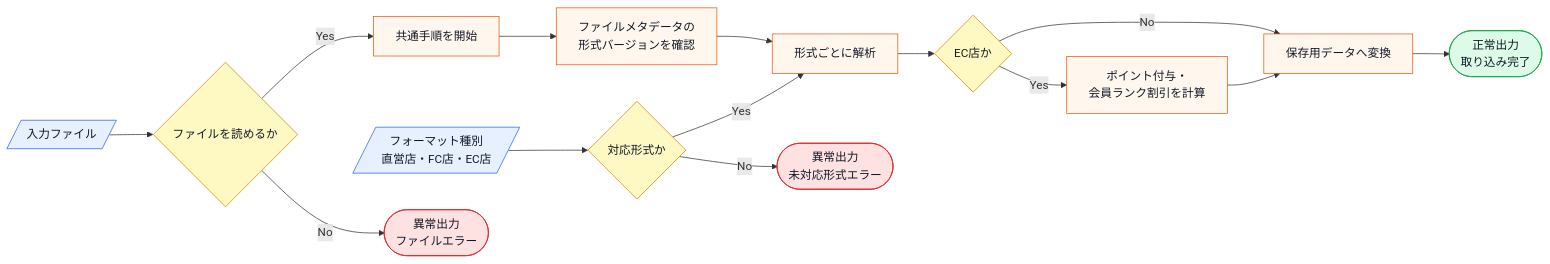
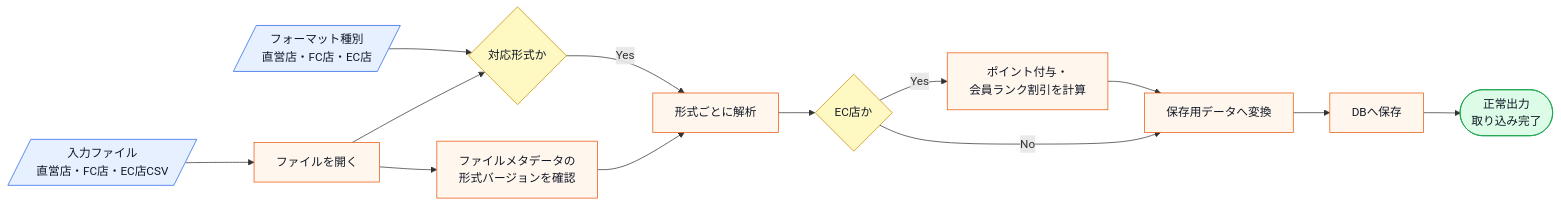
The third of 9 diagrams in kindle/design-patterns/output/chapter04.md (kumachan1101-pixel/DesignPattern), drawn with Mermaid before and after one commit. The commit also changed other lines of this file and 11 other files, not shown here.

Commit message:
docs: 残タスクの仕様図と外部境界を全章反映

````diff
--- a/kindle/design-patterns/output/chapter04.md
+++ b/kindle/design-patterns/output/chapter04.md
@@ -476,22 +491,20 @@
 ```mermaid
 flowchart LR
-    A[/入力ファイル/]:::input --> B{ファイルを読めるか}:::decision
+    A[/入力ファイル<br>直営店・FC店・EC店CSV/]:::input --> E[ファイルを開く]:::process
     C[/フォーマット種別<br>直営店・FC店・EC店/]:::input --> D{対応形式か}:::decision
-    B -->|Yes| E[共通手順を開始]:::process
+    E --> D
     E --> V[ファイルメタデータの<br>形式バージョンを確認]:::process
     D -->|Yes| F[形式ごとに解析]:::process
     V --> F
     F --> Q{EC店か}:::decision
     Q -->|Yes| P[ポイント付与・<br>会員ランク割引を計算]:::process
     P --> G[保存用データへ変換]:::process
     Q -->|No| G
-    G --> H([正常出力<br>取り込み完了]):::normal
-    B -->|No| I([異常出力<br>ファイルエラー]):::error
-    D -->|No| J([異常出力<br>未対応形式エラー]):::error
+    G --> S[DBへ保存]:::process
+    S --> H([正常出力<br>取り込み完了]):::normal
 
     classDef input fill:#e7f0ff,stroke:#2563eb,color:#111827;
     classDef process fill:#fff7ed,stroke:#ea580c,color:#111827;
     classDef decision fill:#fef9c3,stroke:#ca8a04,color:#111827;
     classDef normal fill:#dcfce7,stroke:#16a34a,color:#111827;
-    classDef error fill:#fee2e2,stroke:#dc2626,color:#111827;
 ```
````
